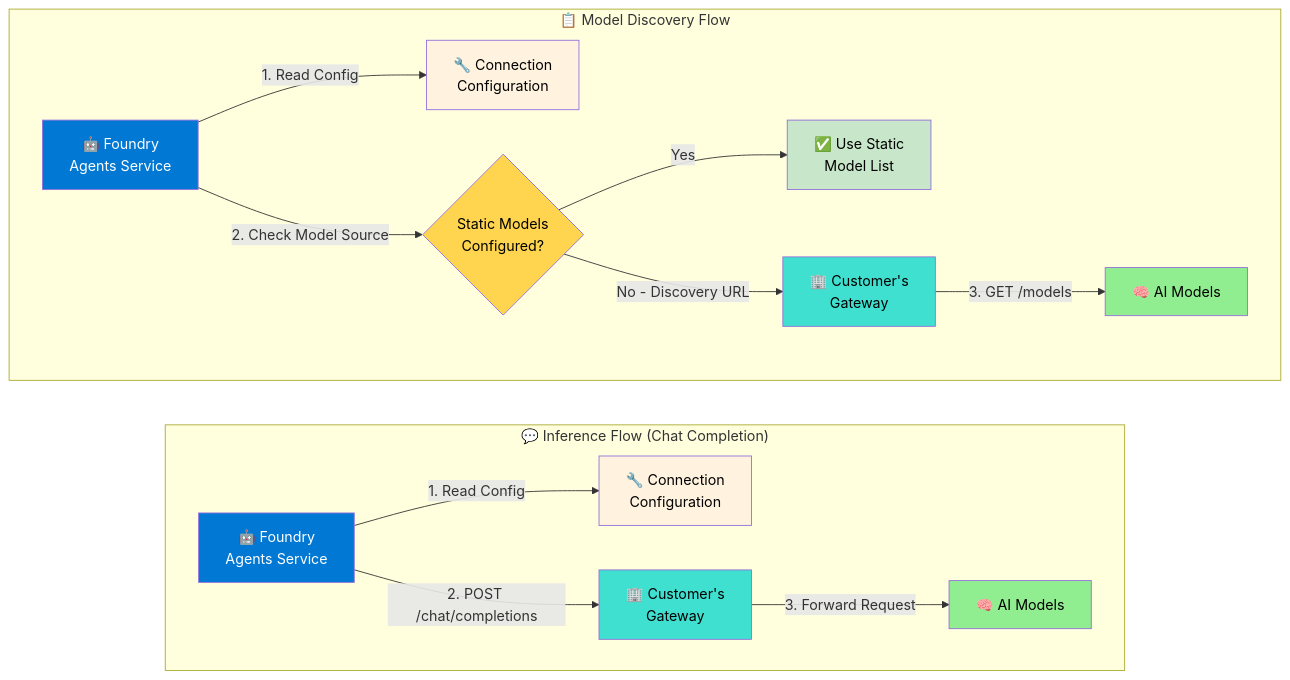
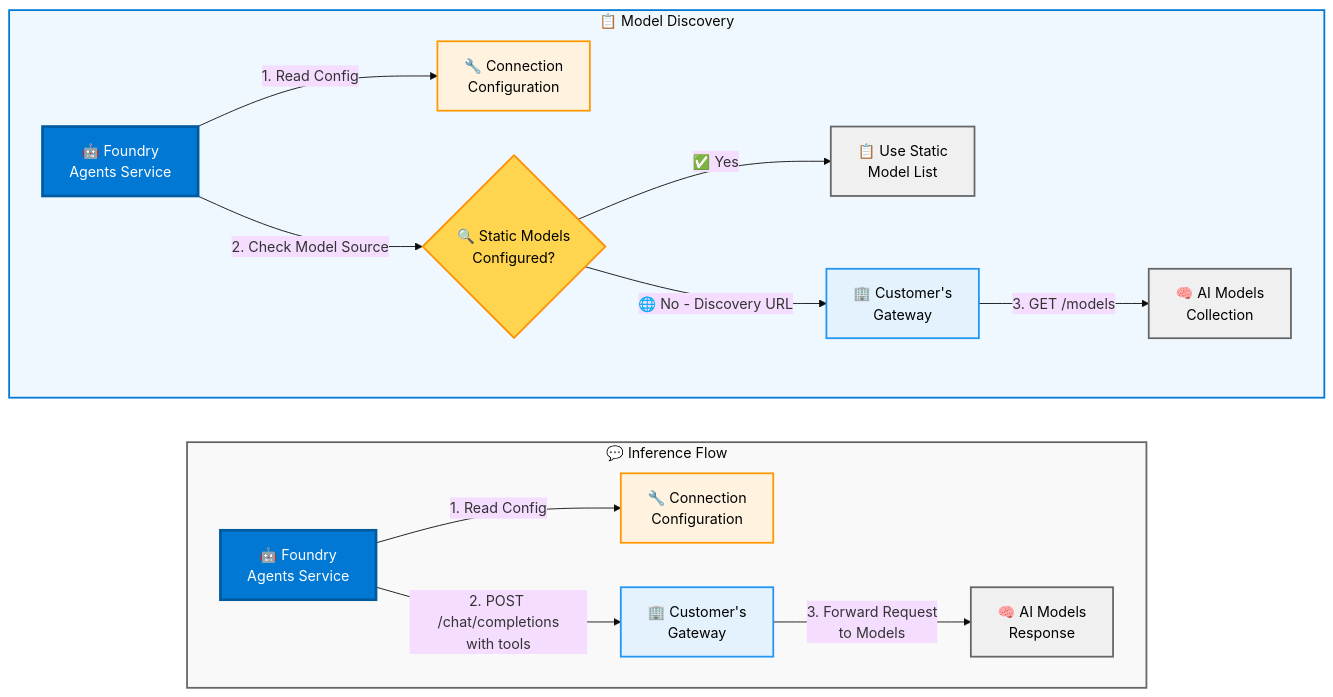
Before and after one commit to Vijendra123/foundry-samples: the second of 2 diagrams in samples/microsoft/infrastructure-setup/01-connections/apim-and-modelgateway-integration-guide.md, drawn with Mermaid. The commit also changed other lines of this file, not shown here.

````diff
--- a/samples/microsoft/infrastructure-setup/01-connections/apim-and-modelgateway-integration-guide.md
+++ b/samples/microsoft/infrastructure-setup/01-connections/apim-and-modelgateway-integration-guide.md
@@ -106,31 +108,35 @@
 ```mermaid
+%%{init: {'theme':'base', 'themeVariables': {'fontSize': '16px'}}}%%
 graph TB
-    subgraph ModelDiscovery["📋 Model Discovery Flow"]
+    subgraph ModelDiscovery["📋 Model Discovery"]
         direction LR
         A1[🤖 Foundry<br/>Agents Service] -->|1. Read Config| B1[🔧 Connection<br/>Configuration]
-        A1 -->|2. Check Model Source| C1{Static Models<br/>Configured?}
-        C1 -->|Yes| D1[✅ Use Static<br/>Model List]
-        C1 -->|No - Discovery URL| E1[🏢 Customer's<br/>Gateway]
-        E1 -->|3. GET /models| F1[🧠 AI Models]
+        A1 -->|2. Check Model Source| C1{🔍 Static Models<br/>Configured?}
+        C1 -->|✅ Yes| D1[📋 Use Static<br/>Model List]
+        C1 -->|🌐 No - Discovery URL| E1[🏢 Customer's<br/>Gateway]
+        E1 -->|3. GET /models| F1[🧠 AI Models<br/>Collection]
     end
     
-    subgraph InferenceFlow["💬 Inference Flow (Chat Completion)"]
+    subgraph InferenceFlow["💬 Inference Flow"]
         direction LR
         A2[🤖 Foundry<br/>Agents Service] -->|1. Read Config| B2[🔧 Connection<br/>Configuration]
-        A2 -->|2. POST /chat/completions| C2[🏢 Customer's<br/>Gateway]
-        C2 -->|3. Forward Request| D2[🧠 AI Models]
+        A2 -->|2. POST /chat/completions<br/>with tools| C2[🏢 Customer's<br/>Gateway]
+        C2 -->|3. Forward Request<br/>to Models| D2[🧠 AI Models<br/>Response]
     end
     
     ModelDiscovery ~~~ InferenceFlow
     
-    style A1 fill:#0078d4,color:#fff
-    style B1 fill:#fff3e0,color:#000
-    style C1 fill:#ffd54f,color:#000
-    style D1 fill:#c8e6c9,color:#000
-    style E1 fill:#40e0d0,color:#000
-    style F1 fill:#90ee90,color:#000
-    style A2 fill:#0078d4,color:#fff
-    style B2 fill:#fff3e0,color:#000
-    style C2 fill:#40e0d0,color:#000
-    style D2 fill:#90ee90,color:#000
+    style A1 fill:#0078d4,color:#fff,stroke:#005a9e,stroke-width:3px
+    style B1 fill:#fff3e0,color:#000,stroke:#ff9800,stroke-width:2px
+    style C1 fill:#ffd54f,color:#000,stroke:#ff8f00,stroke-width:2px
+    style D1 fill:#f0f0f0,color:#000,stroke:#666666,stroke-width:2px
+    style E1 fill:#e3f2fd,color:#000,stroke:#2196f3,stroke-width:2px
+    style F1 fill:#f0f0f0,color:#000,stroke:#666666,stroke-width:2px
+    style A2 fill:#0078d4,color:#fff,stroke:#005a9e,stroke-width:3px
+    style B2 fill:#fff3e0,color:#000,stroke:#ff9800,stroke-width:2px
+    style C2 fill:#e3f2fd,color:#000,stroke:#2196f3,stroke-width:2px
+    style D2 fill:#f0f0f0,color:#000,stroke:#666666,stroke-width:2px
+    
+    style ModelDiscovery fill:#f0f8ff,stroke:#0078d4,stroke-width:2px
+    style InferenceFlow fill:#f9f9f9,stroke:#666666,stroke-width:2px
 ```
````
